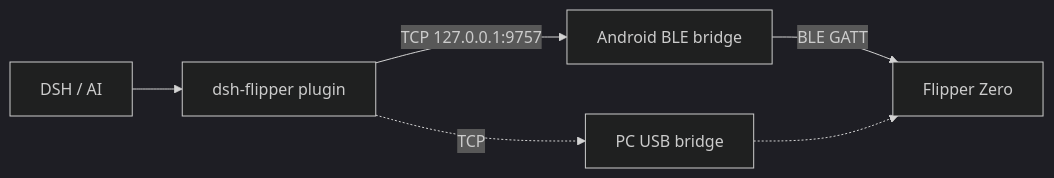
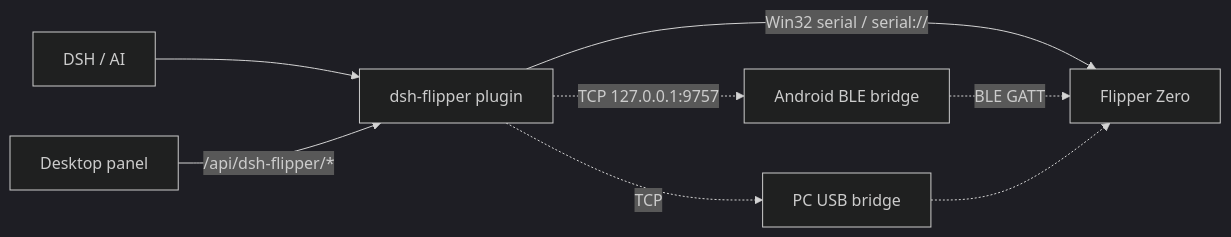
The diagram in README.en.md (nazling/dsh-flipper), drawn with Mermaid (dark theme) before and after one commit. The commit also changed other lines of this file and 19 other files, not shown here.

````diff
--- a/README.en.md
+++ b/README.en.md
@@ -32,8 +37,10 @@
 ```mermaid
 flowchart LR
   AI[DSH / AI] --> P[dsh-flipper plugin]
-  P -->|TCP 127.0.0.1:9757| B[Android BLE bridge]
-  B -->|BLE GATT| F[Flipper Zero]
+  UI[Desktop panel] -->|/api/dsh-flipper/*| P
+  P -->|Win32 serial / serial://| F[Flipper Zero]
+  P -.->|TCP 127.0.0.1:9757| B[Android BLE bridge]
+  B -.->|BLE GATT| F
   P -.->|TCP| C[PC USB bridge]
   C -.-> F
 ```
````
